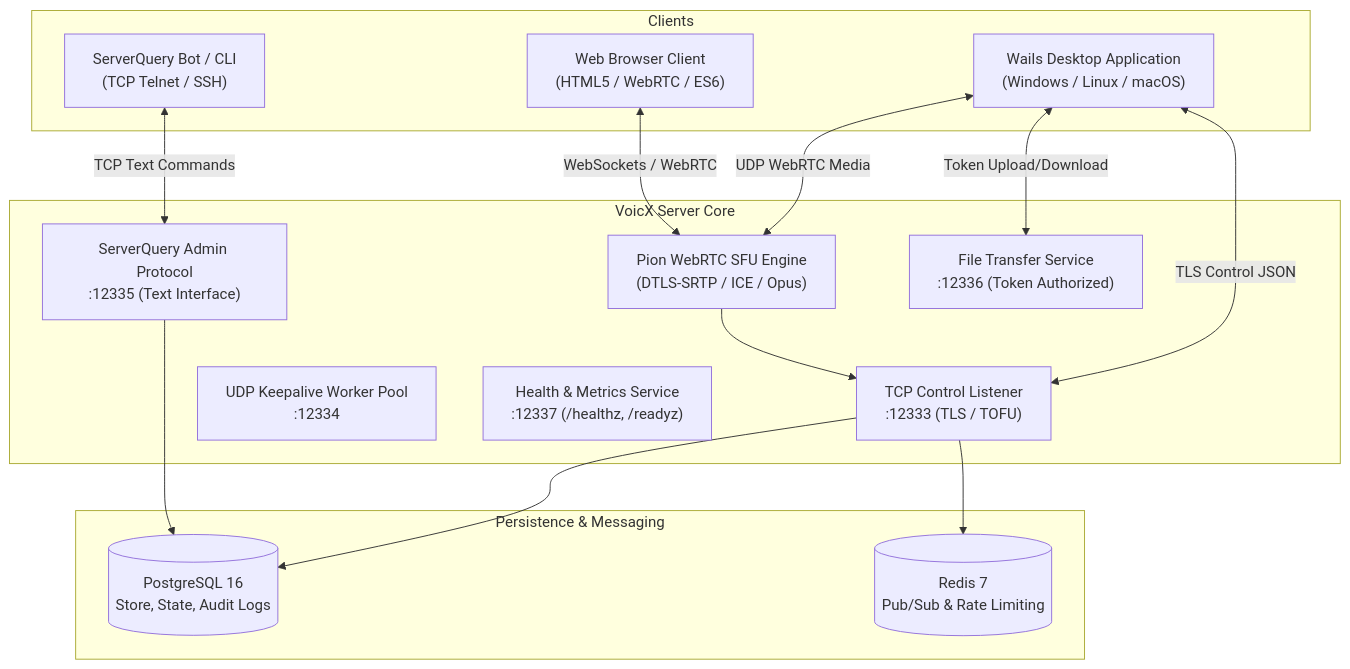
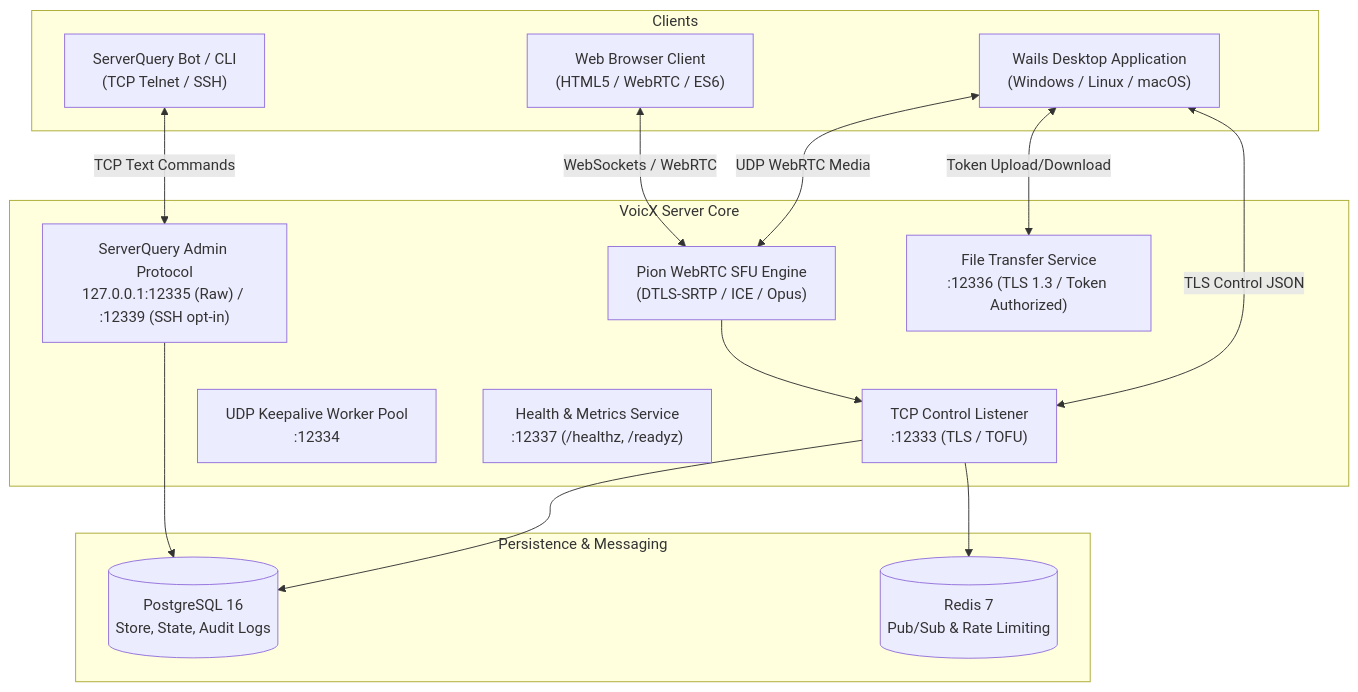
The first of 2 diagrams in README.md (arumes31/voicx), drawn with Mermaid before and after one commit. The commit also changed other lines of this file and 17 other files, not shown here.

````diff
--- a/README.md
+++ b/README.md
@@ -33,33 +33,33 @@
 ```mermaid
 graph TD
     subgraph Clients["Clients"]
         Wails["Wails Desktop Application\n(Windows / Linux / macOS)"]
         WebUI["Web Browser Client\n(HTML5 / WebRTC / ES6)"]
         Bot["ServerQuery Bot / CLI\n(TCP Telnet / SSH)"]
     end
 
     subgraph CoreServer["VoicX Server Core"]
         Control["TCP Control Listener\n:12333 (TLS / TOFU)"]
         Keepalive["UDP Keepalive Worker Pool\n:12334"]
         WebRTC["Pion WebRTC SFU Engine\n(DTLS-SRTP / ICE / Opus)"]
-        Query["ServerQuery Admin Protocol\n:12335 (Text Interface)"]
-        FileXfer["File Transfer Service\n:12336 (Token Authorized)"]
+        Query["ServerQuery Admin Protocol\n127.0.0.1:12335 (Raw) / :12339 (SSH opt-in)"]
+        FileXfer["File Transfer Service\n:12336 (TLS 1.3 / Token Authorized)"]
         Health["Health & Metrics Service\n:12337 (/healthz, /readyz)"]
     end
 
     subgraph DataStore["Persistence & Messaging"]
         Postgres[(PostgreSQL 16\nStore, State, Audit Logs)]
         Redis[(Redis 7\nPub/Sub & Rate Limiting)]
     end
 
     Wails <-->|TLS Control JSON| Control
     Wails <-->|UDP WebRTC Media| WebRTC
     WebUI <-->|WebSockets / WebRTC| WebRTC
     Bot <-->|TCP Text Commands| Query
     Wails <-->|Token Upload/Download| FileXfer
 
     Control --> Postgres
     Control --> Redis
     Query --> Postgres
     WebRTC --> Control
 ```
````
